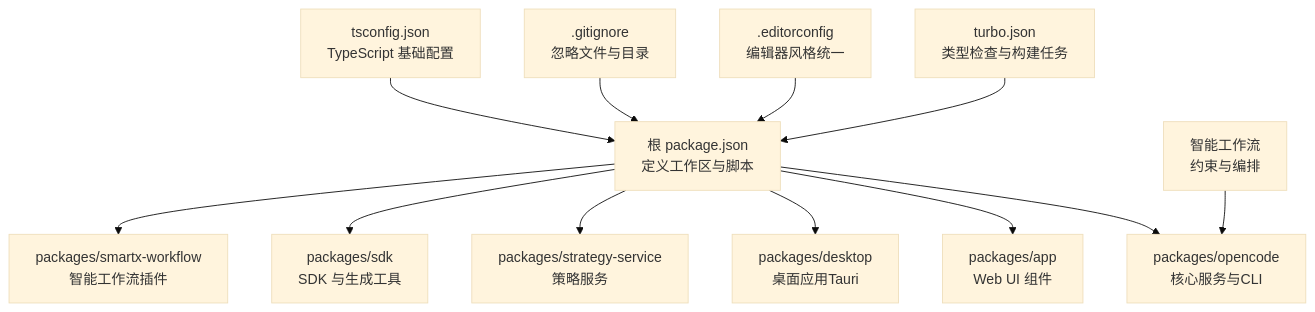
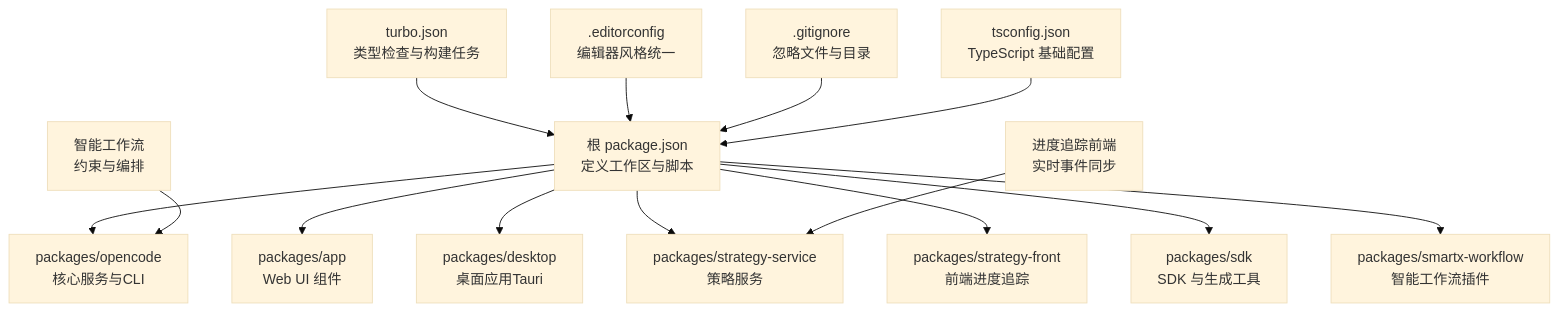
One commit to 89780012/opencode changed the first of 3 diagrams in .lingma/repowiki/zh/content/开发者指南/开发流程/开发流程.md. Above: the diagram before and after it, drawn with Mermaid (base theme). The commit also changed other lines of this file and 3 other files, not shown here.

````diff
--- a/.lingma/repowiki/zh/content/开发者指南/开发流程/开发流程.md
+++ b/.lingma/repowiki/zh/content/开发者指南/开发流程/开发流程.md
@@ -53,14 +71,16 @@
 ```mermaid
 graph TB
 RootPkg["根 package.json<br/>定义工作区与脚本"] --> OpencodePkg["packages/opencode<br/>核心服务与CLI"]
 RootPkg --> AppPkg["packages/app<br/>Web UI 组件"]
 RootPkg --> DesktopPkg["packages/desktop<br/>桌面应用Tauri"]
 RootPkg --> StrategyServicePkg["packages/strategy-service<br/>策略服务"]
+RootPkg --> StrategyFrontPkg["packages/strategy-front<br/>前端进度追踪"]
 RootPkg --> SdkPkg["packages/sdk<br/>SDK 与生成工具"]
 RootPkg --> SmartxWorkflowPkg["packages/smartx-workflow<br/>智能工作流插件"]
 Turbo["turbo.json<br/>类型检查与构建任务"] --> RootPkg
 EditorConfig[".editorconfig<br/>编辑器风格统一"] --> RootPkg
 GitIgnore[".gitignore<br/>忽略文件与目录"] --> RootPkg
 TsCfg["tsconfig.json<br/>TypeScript 基础配置"] --> RootPkg
 SmartxWorkflow["智能工作流<br/>约束与编排"] --> OpencodePkg
+StrategyFront["进度追踪前端<br/>实时事件同步"] --> StrategyServicePkg
 ```
````
